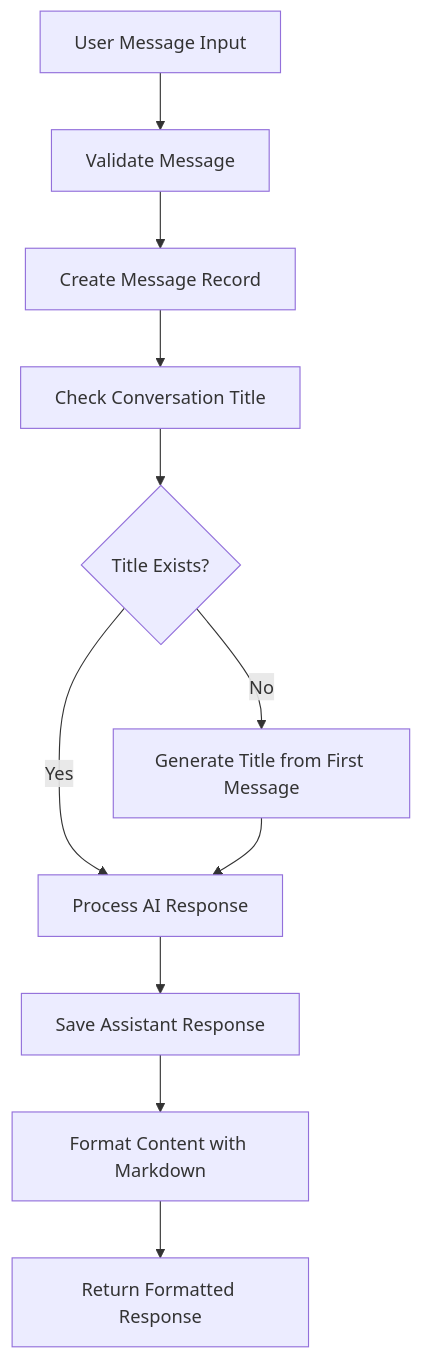
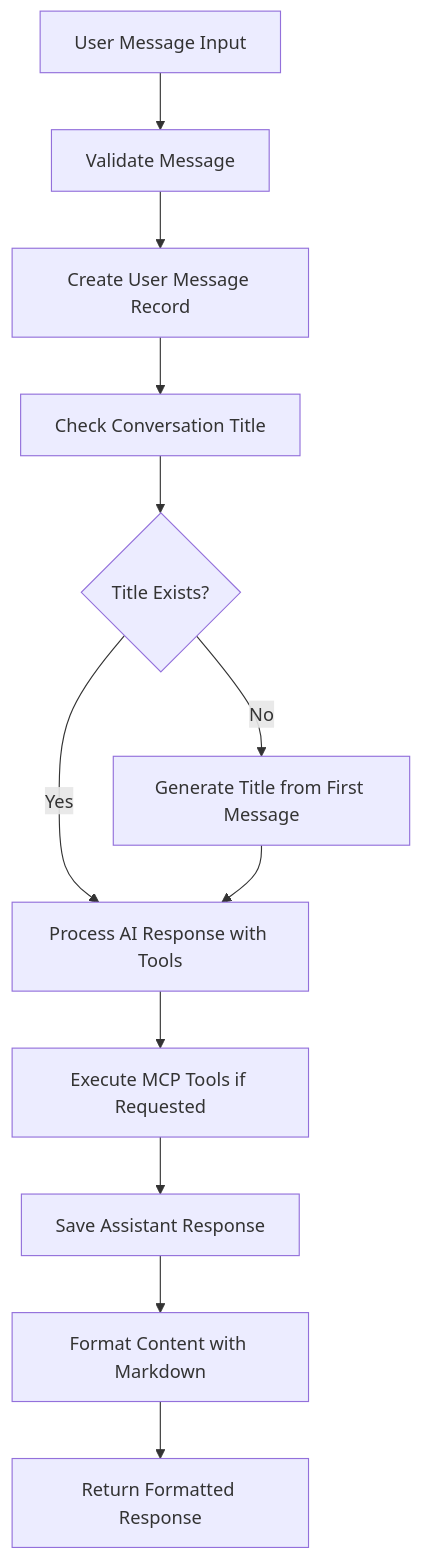
The tenth of 17 diagrams in .qoder/repowiki/en/content/AI Integration System/Agent System/DevBot AI Agent System.md (siimliimand/laravel-assistant), drawn with Mermaid before and after one commit. The commit also changed other lines of this file and 4 other files, not shown here.

````diff
--- a/.qoder/repowiki/en/content/AI Integration System/Agent System/DevBot AI Agent System.md
+++ b/.qoder/repowiki/en/content/AI Integration System/Agent System/DevBot AI Agent System.md
@@ -243,13 +413,14 @@
 ```mermaid
 flowchart TD
 UserMessage["User Message Input"] --> Validate["Validate Message"]
-Validate --> CreateMessage["Create Message Record"]
+Validate --> CreateMessage["Create User Message Record"]
 CreateMessage --> CheckTitle["Check Conversation Title"]
 CheckTitle --> TitleExists{"Title Exists?"}
 TitleExists --> |No| GenerateTitle["Generate Title from First Message"]
-TitleExists --> |Yes| ProcessAI["Process AI Response"]
+TitleExists --> |Yes| ProcessAI["Process AI Response with Tools"]
 GenerateTitle --> ProcessAI
-ProcessAI --> SaveAssistant["Save Assistant Response"]
+ProcessAI --> ExecuteTools["Execute MCP Tools if Requested"]
+ExecuteTools --> SaveAssistant["Save Assistant Response"]
 SaveAssistant --> FormatContent["Format Content with Markdown"]
 FormatContent --> ReturnResponse["Return Formatted Response"]
 ```
````
